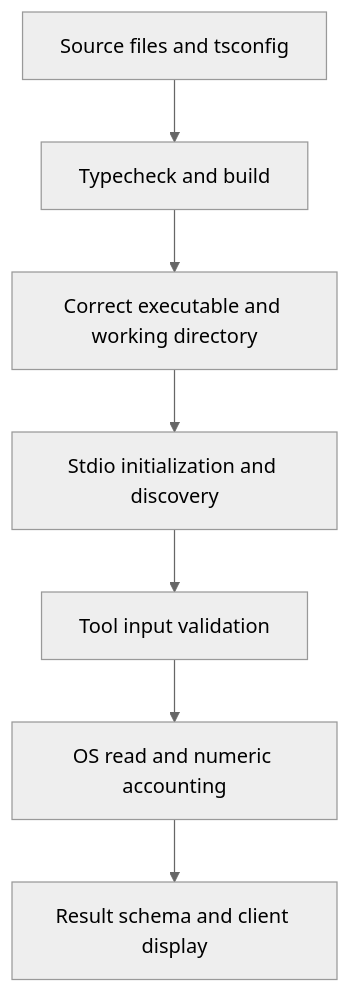
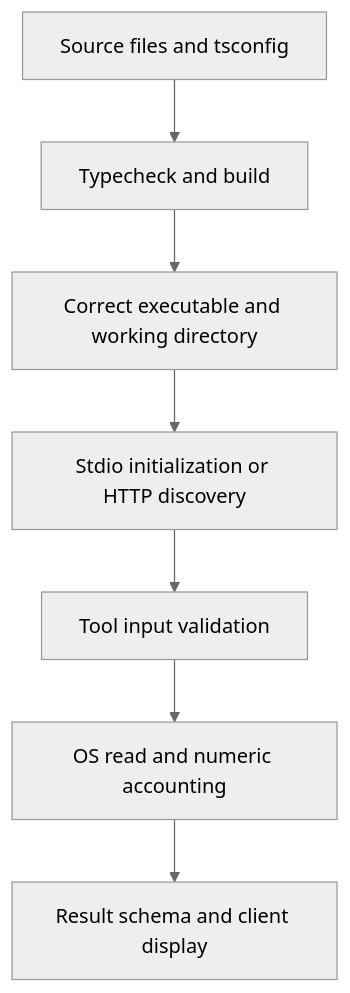
One commit to palmarm/mcp-summit-labs changed the diagram in docs/troubleshooting.md. Above: the diagram before and after it, drawn with Mermaid (neutral theme). The commit also changed other lines of this file and 20 other files, not shown here.

````diff
--- a/docs/troubleshooting.md
+++ b/docs/troubleshooting.md
@@ -21,9 +21,9 @@
 ```mermaid
 flowchart TD
     Inputs["Source files and tsconfig"] --> Types["Typecheck and build"]
     Types --> Launch["Correct executable and working directory"]
-    Launch --> Session["Stdio initialization and discovery"]
+    Launch --> Session["Stdio initialization or HTTP discovery"]
     Session --> Validation["Tool input validation"]
     Validation --> Reading["OS read and numeric accounting"]
     Reading --> Result["Result schema and client display"]
 ```
````
